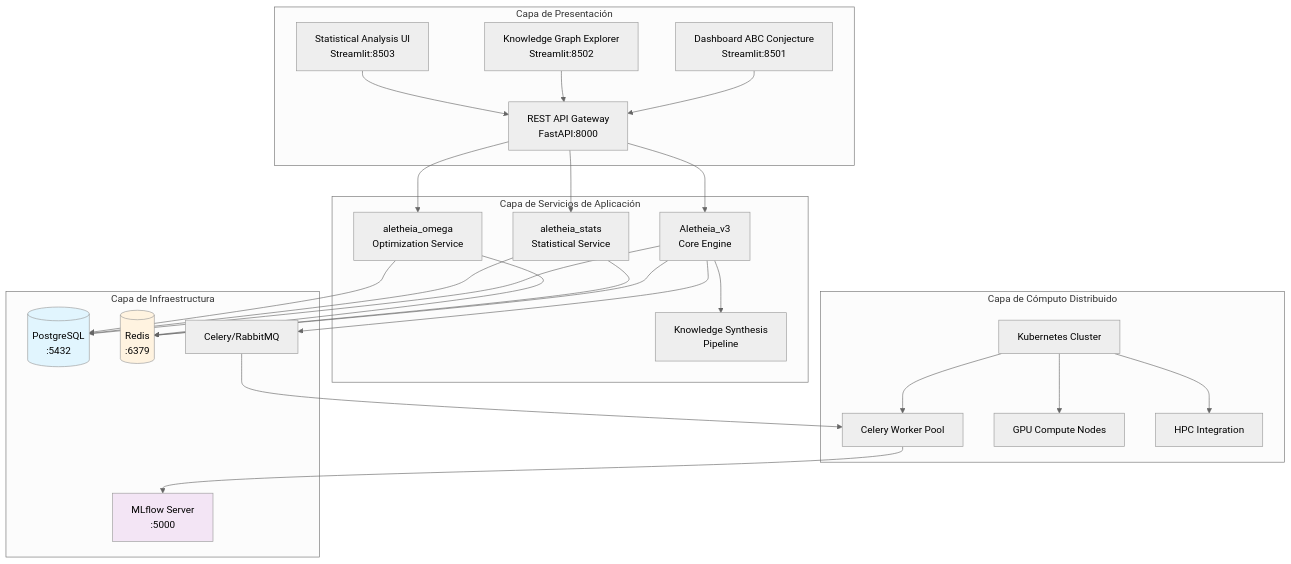
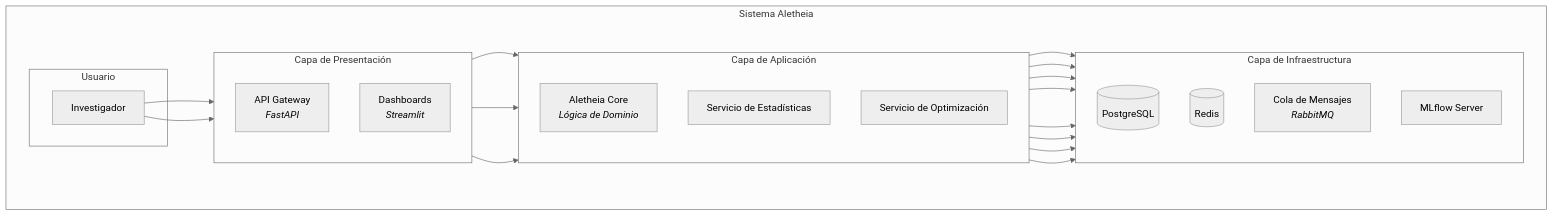
One commit to SunNeurotron/Aletheia changed the second of 4 diagrams in README.md. Above: the diagram before and after it, drawn with Mermaid (neutral theme). The commit also changed other lines of this file, not shown here.

`````diff
--- a/README.md
+++ b/README.md
@@ -216,42 +67,36 @@
-```mermaid
-flowchart TB
-    subgraph "Capa de Presentación"
-        UI1[Dashboard ABC Conjecture<br/>Streamlit:8501]
-        UI2[Knowledge Graph Explorer<br/>Streamlit:8502]
-        UI3[Statistical Analysis UI<br/>Streamlit:8503]
-        API1[REST API Gateway<br/>FastAPI:8000]
+````mermaid
+graph TD
+    subgraph "Sistema Aletheia"
+        direction LR
+        subgraph "Usuario"
+            U[Investigador]
+        end
+        subgraph "Capa de Presentación"
+            direction TB
+            API[API Gateway<br><i>FastAPI</i>]
+            UI[Dashboards<br><i>Streamlit</i>]
+            U --> API
+            U --> UI
+        end
+        subgraph "Capa de Aplicación"
+            direction TB
+            CORE[Aletheia Core<br><i>Lógica de Dominio</i>]
+            STATS[Servicio de Estadísticas]
+            OMEGA[Servicio de Optimización]
+            API --> CORE
+            API --> STATS
+            API --> OMEGA
+        end
+        subgraph "Capa de Infraestructura"
+            direction TB
+            DB[(PostgreSQL)]
+            CACHE[(Redis)]
+            MQ[Cola de Mensajes<br><i>RabbitMQ</i>]
+            MLF[MLflow Server]
+            CORE & STATS & OMEGA --> DB
+            CORE & STATS & OMEGA --> CACHE
+            CORE --> MQ
+            CORE --> MLF
+        end
     end
-
-    subgraph "Capa de Servicios de Aplicación"
-        SVC1[Aletheia_v3<br/>Core Engine]
-        SVC2[aletheia_stats<br/>Statistical Service]
-        SVC3[aletheia_omega<br/>Optimization Service]
-        SVC4[Knowledge Synthesis<br/>Pipeline]
-    end
-
-    subgraph "Capa de Infraestructura"
-        DB[(PostgreSQL<br/>:5432)]
-        CACHE[(Redis<br/>:6379)]
-        MQ[Celery/RabbitMQ]
-        MLF[MLflow Server<br/>:5000]
-    end
-
-    subgraph "Capa de Cómputo Distribuido"
-        K8S[Kubernetes Cluster]
-        WORK1[Celery Worker Pool]
-        WORK2[GPU Compute Nodes]
-        WORK3[HPC Integration]
-    end
-
-    UI1 & UI2 & UI3 --> API1
-    API1 --> SVC1 & SVC2 & SVC3
-    SVC1 --> SVC4
-    SVC1 & SVC2 & SVC3 --> DB & CACHE
-    SVC1 --> MQ --> WORK1
-    WORK1 --> MLF
-    K8S --> WORK1 & WORK2 & WORK3
-
-    style DB fill:#e1f5fe
-    style CACHE fill:#fff3e0
-    style MLF fill:#f3e5f5
-```
+````
`````
